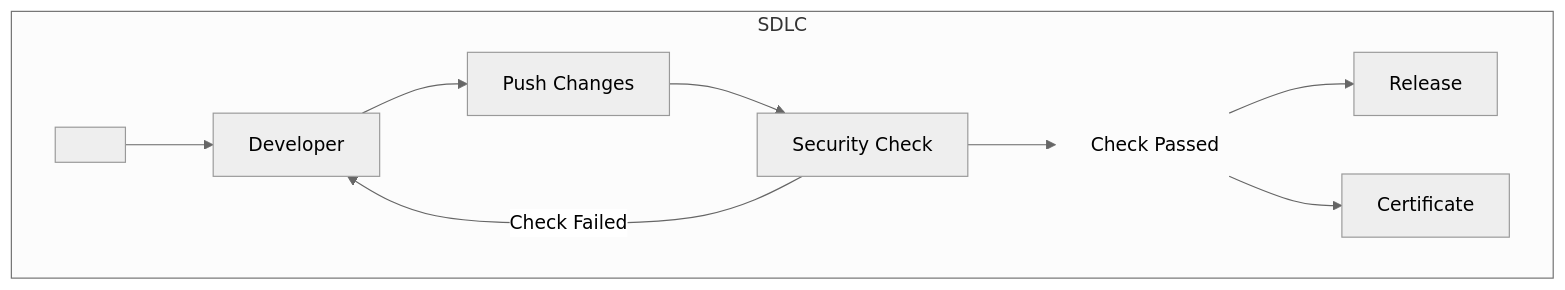
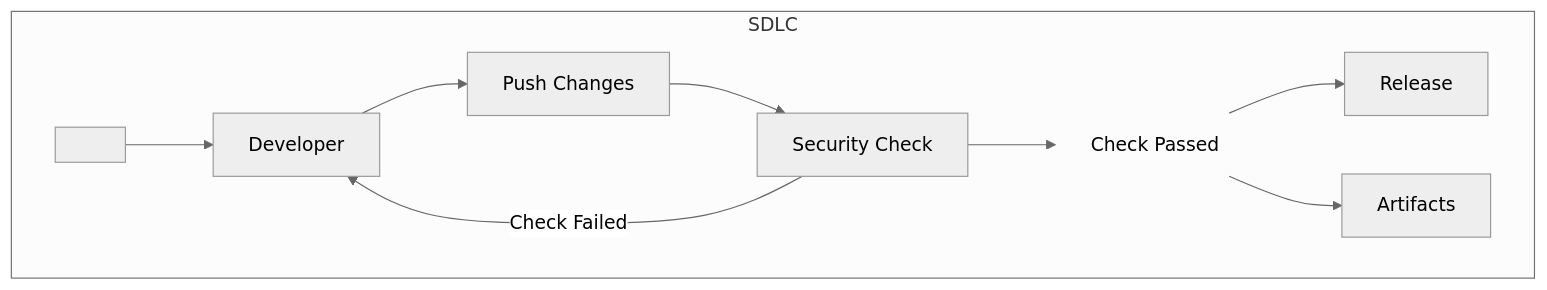
One commit to ForAllSecure/healthcare-ci-pipelines changed the second of 2 diagrams in README.md. Above: the diagram before and after it, drawn with Mermaid (neutral theme). The commit also changed other lines of this file, not shown here.

````diff
--- a/README.md
+++ b/README.md
@@ -43,22 +92,22 @@
 ```mermaid
 flowchart TB
   Develop[Developer]
   Commit[Push Changes]
   Test[Security Check]
-  Report[Certificate]
+  Report[Artifacts]
   Release[Release]
   Pass[Check Passed]
   subgraph SDLC
     start[ ] --> Develop
     Develop --> Commit
     Commit --> Test
     Test --> Pass
     Pass --> Release
     Pass --> Report
   end
   Test -->| Check Failed |Develop
 
   classDef empty fill:none,stroke-width:0px
   class Pass empty
 
 ```
````
